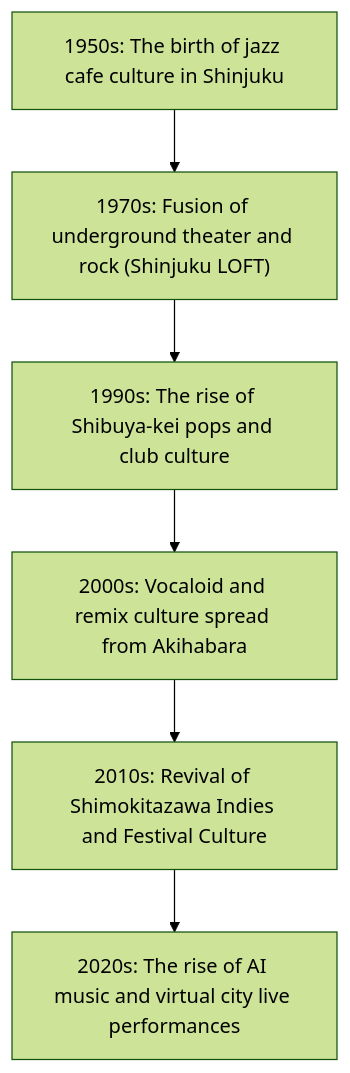
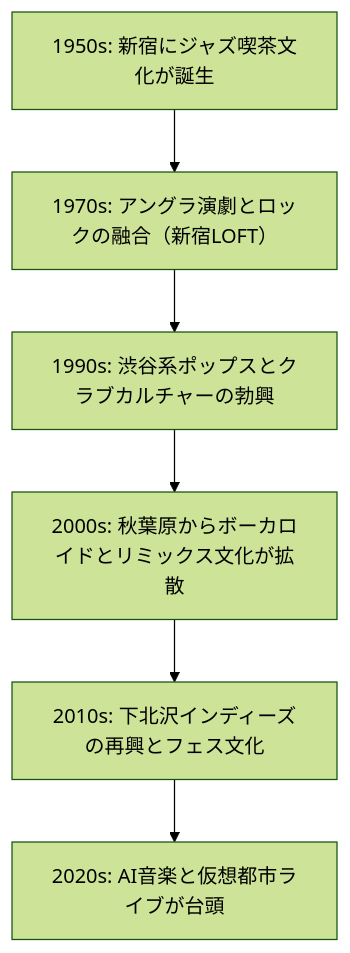
One commit to monumental-movement/monumental-movement.github.io changed the first of 2 diagrams in en/_posts/2025-10-23-column-tokyo-sound-layers.md. Above: the diagram before and after it, drawn with Mermaid (forest theme). The commit also changed other lines of this file and 1701 other files, not shown here.

```diff
--- a/en/_posts/2025-10-23-column-tokyo-sound-layers.md
+++ b/en/_posts/2025-10-23-column-tokyo-sound-layers.md
@@ -128,19 +126,18 @@
 <div class="mermaid">
 
 flowchart TD
 
-A1950["1950s: The birth of jazz cafe culture in Shinjuku"]
-A1970["1970s: Fusion of underground theater and rock (Shinjuku LOFT)"]
-A1990["1990s: The rise of Shibuya-kei pops and club culture"]
-A2000["2000s: Vocaloid and remix culture spread from Akihabara"]
-A2010["2010s: Revival of Shimokitazawa Indies and Festival Culture"]
-A2020["2020s: The rise of AI music and virtual city live performances"]
+    A1950["1950s: 新宿にジャズ喫茶文化が誕生"]
+    A1970["1970s: アングラ演劇とロックの融合（新宿LOFT）"]
+    A1990["1990s: 渋谷系ポップスとクラブカルチャーの勃興"]
+    A2000["2000s: 秋葉原からボーカロイドとリミックス文化が拡散"]
+    A2010["2010s: 下北沢インディーズの再興とフェス文化"]
+    A2020["2020s: AI音楽と仮想都市ライブが台頭"]
 
-A1950 --> A1970
-A1970 --> A1990
-A1990 --> A2000
-A2000 --> A2010
-A2010 --> A2020
-
+    A1950 --> A1970
+    A1970 --> A1990
+    A1990 --> A2000
+    A2000 --> A2010
+    A2010 --> A2020
 
 </div>
```
